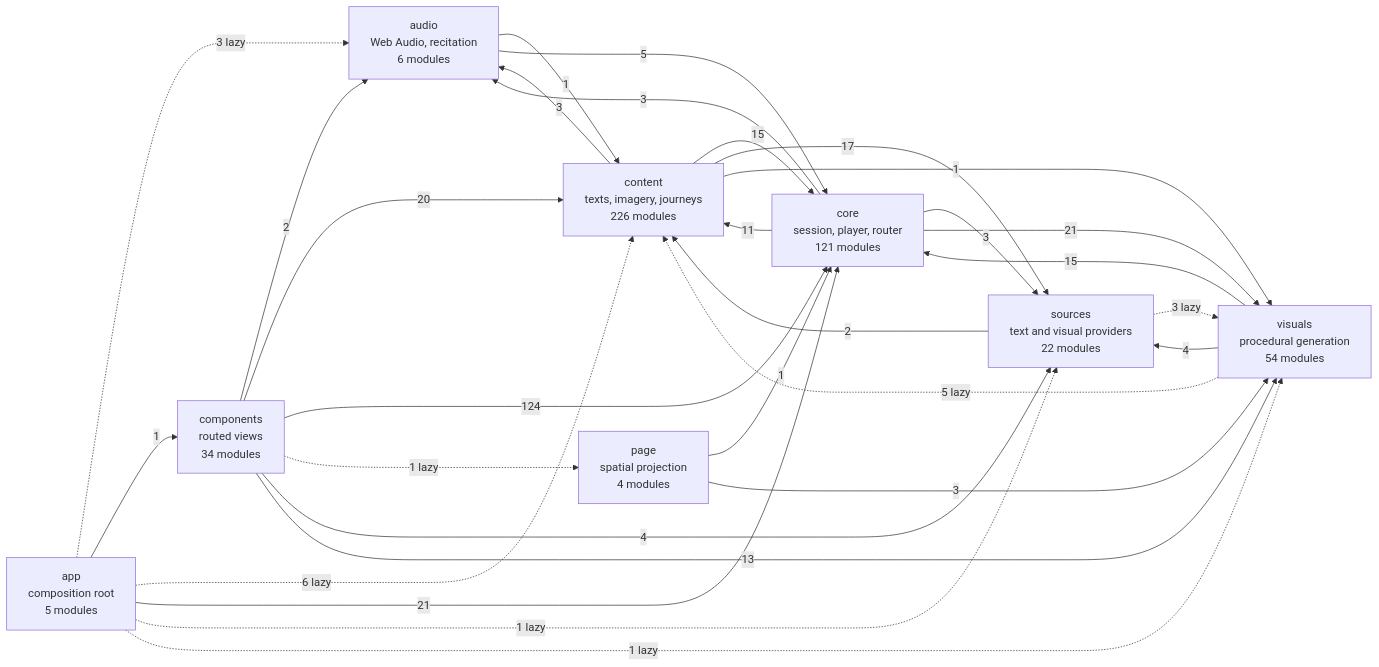
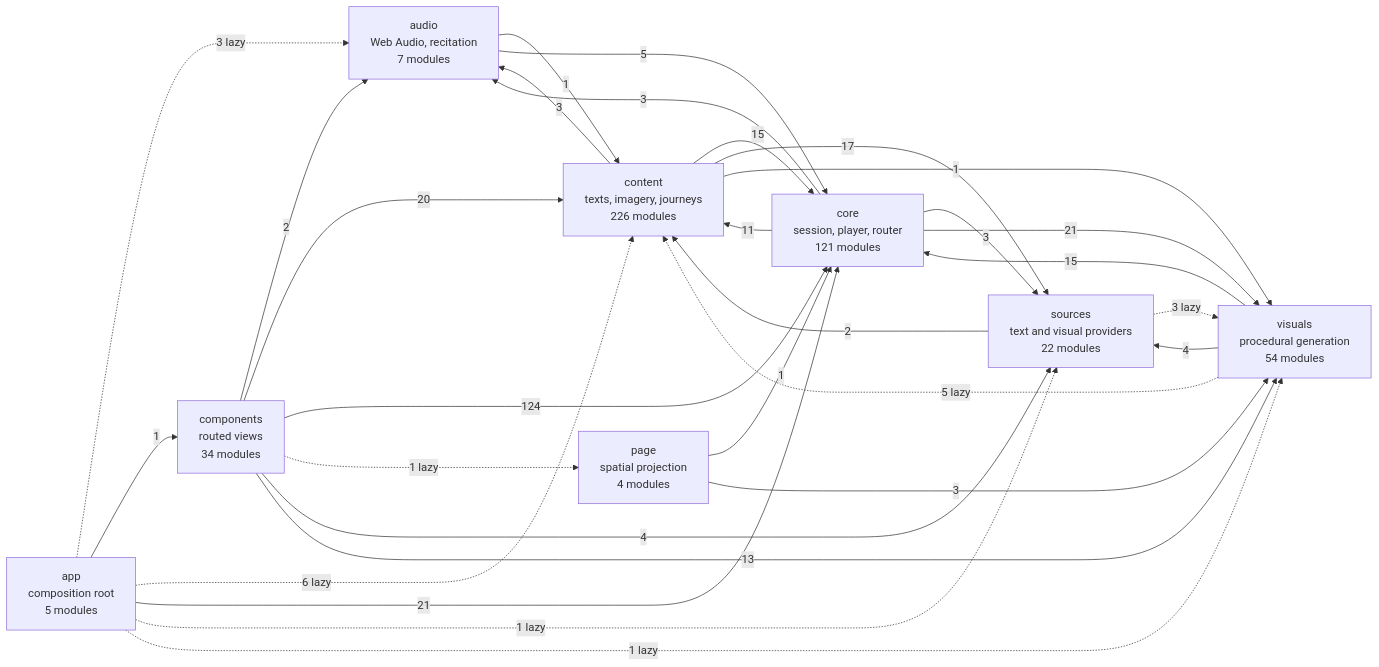
One commit to SyberLabs/RISE changed the diagram in docs/specs/ARCHITECTURE.md. Above: the diagram before and after it, drawn with Mermaid. The commit also changed 6 other files, not shown here.

````diff
--- a/docs/specs/ARCHITECTURE.md
+++ b/docs/specs/ARCHITECTURE.md
@@ -149,41 +149,41 @@
 ```mermaid
 flowchart LR
     app["app<br/>composition root<br/>5 modules"]
-    audio["audio<br/>Web Audio, recitation<br/>6 modules"]
+    audio["audio<br/>Web Audio, recitation<br/>7 modules"]
     components["components<br/>routed views<br/>34 modules"]
     content["content<br/>texts, imagery, journeys<br/>226 modules"]
     core["core<br/>session, player, router<br/>121 modules"]
     page["page<br/>spatial projection<br/>4 modules"]
     sources["sources<br/>text and visual providers<br/>22 modules"]
     visuals["visuals<br/>procedural generation<br/>54 modules"]
 
     app -.-> |3 lazy| audio
     app --> |1| components
     app -.-> |6 lazy| content
     app --> |21| core
     app -.-> |1 lazy| sources
     app -.-> |1 lazy| visuals
     audio --> |1| content
     audio --> |5| core
     components --> |2| audio
     components --> |20| content
     components --> |124| core
     components -.-> |1 lazy| page
     components --> |4| sources
     components --> |13| visuals
     content --> |3| audio
     content --> |15| core
     content --> |17| sources
     content --> |1| visuals
     core --> |3| audio
     core --> |11| content
     core --> |3| sources
     core --> |21| visuals
     page --> |1| core
     page --> |3| visuals
     sources --> |2| content
     sources -.-> |3 lazy| visuals
     visuals -.-> |5 lazy| content
     visuals --> |15| core
     visuals --> |4| sources
 ```
````
